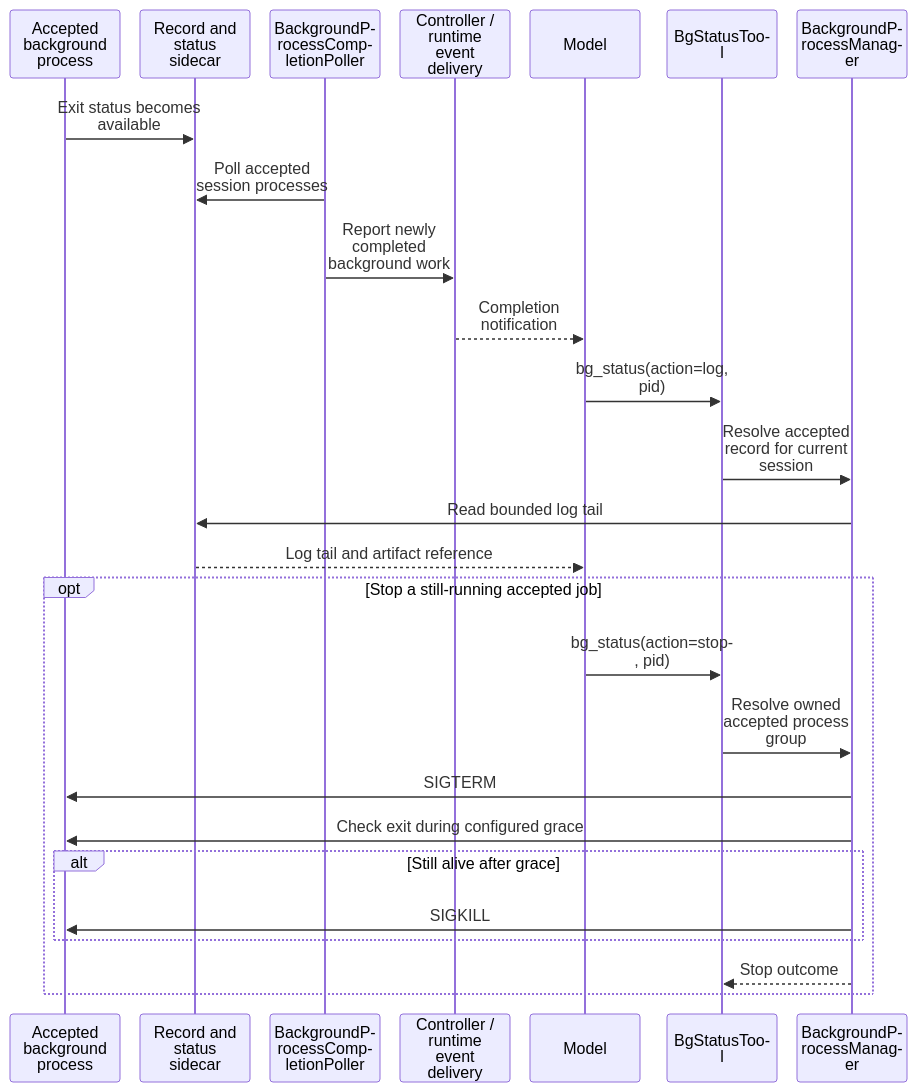
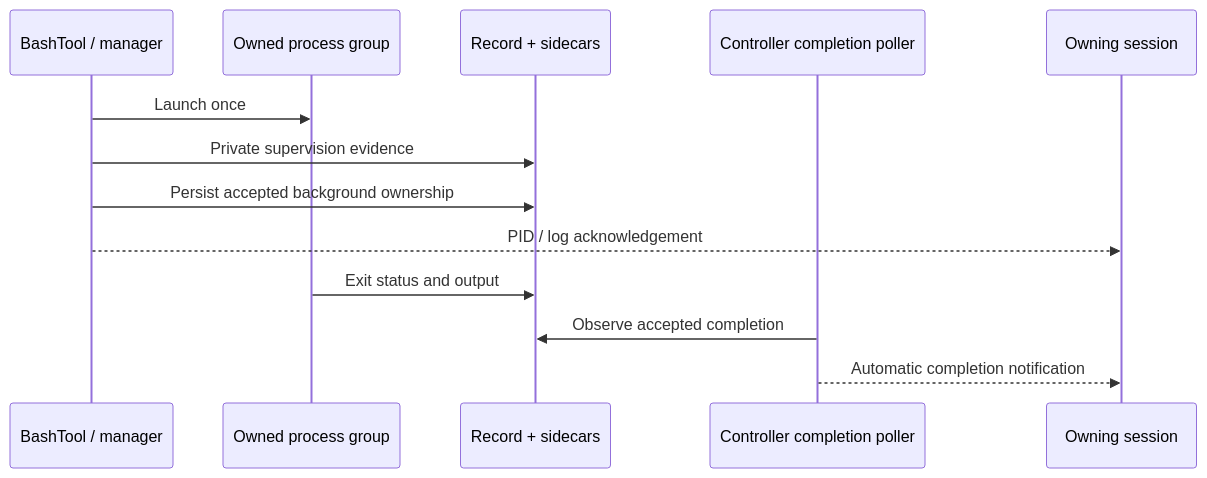
One commit to ineersa/agent-core changed the second of 2 diagrams in architecture/backgrounding.md. Above: the diagram before and after it, drawn with Mermaid. The commit also changed other lines of this file and 43 other files, not shown here.

Commit message:
Refresh operational guides and runtime architecture documentation

````diff
--- a/architecture/backgrounding.md
+++ b/architecture/backgrounding.md
@@ -82,30 +31,15 @@
 ```mermaid
-%%{init: {"sequence": {"wrap": true, "width": 110, "actorMargin": 20, "diagramMarginX": 10, "messageMargin": 30}}}%%
 sequenceDiagram
-    participant Process as Accepted background process
-    participant Store as Record and status sidecar
-    participant Poller as BackgroundProcessCompletionPoller
-    participant Runtime as Controller / runtime event delivery
-    participant Model
-    participant Tool as BgStatusTool
-    participant Manager as BackgroundProcessManager
-
-    Process->>Store: Exit status becomes available
-    Poller->>Store: Poll accepted session processes
-    Poller->>Runtime: Report newly completed background work
-    Runtime-->>Model: Completion notification
-    Model->>Tool: bg_status(action=log, pid)
-    Tool->>Manager: Resolve accepted record for current session
-    Manager->>Store: Read bounded log tail
-    Store-->>Model: Log tail and artifact reference
-    opt Stop a still-running accepted job
-        Model->>Tool: bg_status(action=stop, pid)
-        Tool->>Manager: Resolve owned accepted process group
-        Manager->>Process: SIGTERM
-        Manager->>Process: Check exit during configured grace
-        alt Still alive after grace
-            Manager->>Process: SIGKILL
-        end
-        Manager-->>Tool: Stop outcome
-    end
+    participant Bash as BashTool / manager
+    participant Process as Owned process group
+    participant Store as Record + sidecars
+    participant Poller as Controller completion poller
+    participant Owner as Owning session
+    Bash->>Process: Launch once
+    Bash->>Store: Private supervision evidence
+    Bash->>Store: Persist accepted background ownership
+    Bash-->>Owner: PID / log acknowledgement
+    Process->>Store: Exit status and output
+    Poller->>Store: Observe accepted completion
+    Poller-->>Owner: Automatic completion notification
 ```
````
